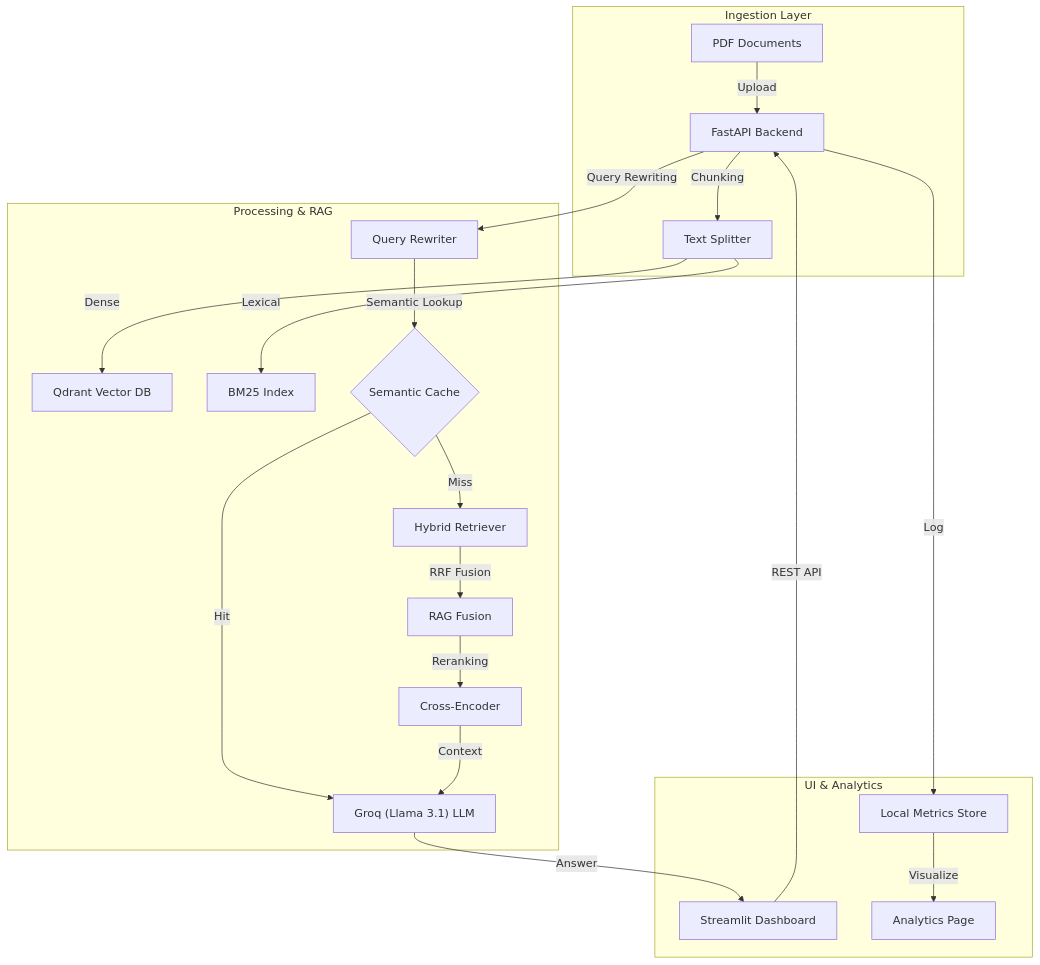
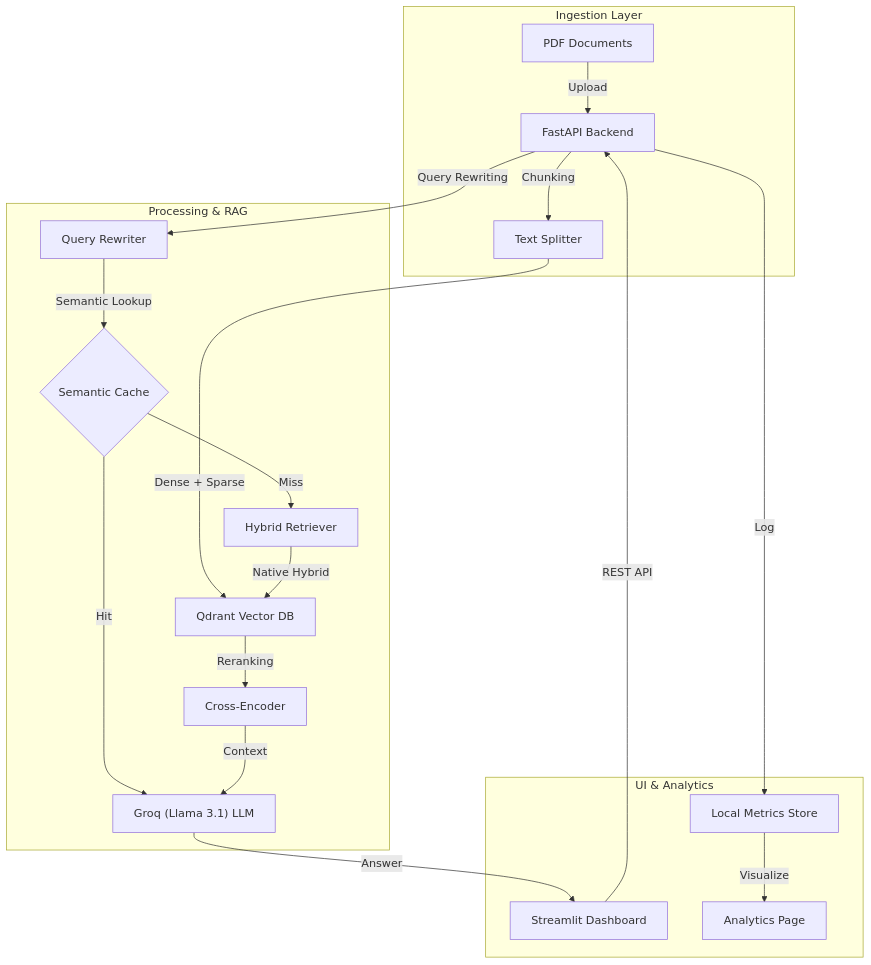
The diagram in readme.md (flxhrdyn/InvenioAI), drawn with Mermaid before and after one commit. The commit also changed other lines of this file and 6 other files, not shown here.

Commit message:
docs: update architecture to native hybrid search and refine embedding types

````diff
--- a/readme.md
+++ b/readme.md
@@ -63,27 +63,26 @@
 ```mermaid
 graph TD
     subgraph Data_Layer [Ingestion Layer]
         PDF[PDF Documents] -->|Upload| API[FastAPI Backend]
         API -->|Chunking| Split[Text Splitter]
     end
     
     subgraph Intelligence_Layer [Processing & RAG]
-        Split -->|Dense| QDR[Qdrant Vector DB]
-        Split -->|Lexical| BM25[BM25 Index]
+        Split -->|Dense + Sparse| QDR[Qdrant Vector DB]
         
         API -->|Query Rewriting| Rewriter[Query Rewriter]
         Rewriter -->|Semantic Lookup| Cache{Semantic Cache}
         Cache -->|Miss| RAG[Hybrid Retriever]
         Cache -->|Hit| LLM
-        RAG -->|RRF Fusion| Fuse[RAG Fusion]
-        Fuse -->|Reranking| Rerank[Cross-Encoder]
+        RAG -->|Native Hybrid| QDR
+        QDR -->|Reranking| Rerank[Cross-Encoder]
         Rerank -->|Context| LLM["Groq (Llama 3.1) LLM"]
     end
     
     subgraph Presentation_Layer [UI & Analytics]
         UI[Streamlit Dashboard] -->|REST API| API
         LLM -->|Answer| UI
         API -->|Log| Metrics[Local Metrics Store]
         Metrics -->|Visualize| Dashboard[Analytics Page]
     end
 ```
````
